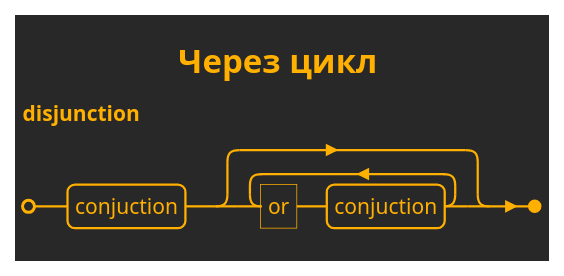
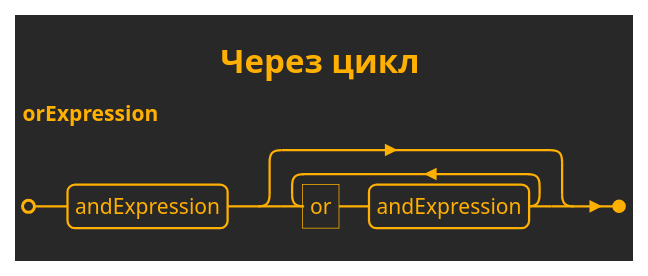
Diagram 13 of 13 in Domain/MURQ.Domain/URQL/docs/URQL Lines Syntax.md (realsonic/MURQ), drawn with PlantUML before and after one commit. The commit also changed other lines of this file and 9 other files, not shown here.

````diff
--- a/Domain/MURQ.Domain/URQL/docs/URQL Lines Syntax.md
+++ b/Domain/MURQ.Domain/URQL/docs/URQL Lines Syntax.md
@@ -250,9 +242,7 @@
 ```plantuml
-@startebnf Адаптация disjunction через цикл
+@startebnf Адаптация orExpression через цикл
 !theme crt-amber
-
 title Через цикл
-
-disjunction = conjuction, {'or', conjuction};
+orExpression = andExpression, { 'or', andExpression };
 @endebnf
 ```
````
